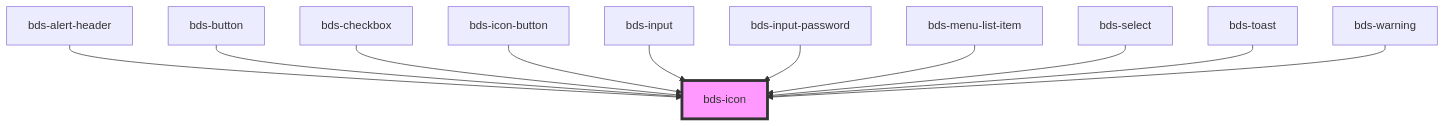
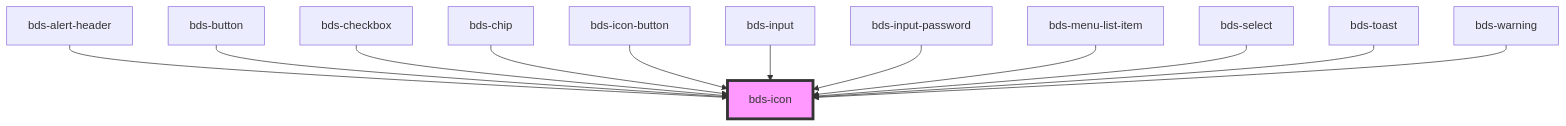
One commit to takenet/blip-ds changed the diagram in src/components/icon/readme.md. Above: the diagram before and after it, drawn with Mermaid. The commit also changed other lines of this file and 6 other files, not shown here.

````diff
--- a/src/components/icon/readme.md
+++ b/src/components/icon/readme.md
@@ -39,14 +40,15 @@
 ```mermaid
 graph TD;
   bds-alert-header --> bds-icon
   bds-button --> bds-icon
   bds-checkbox --> bds-icon
+  bds-chip --> bds-icon
   bds-icon-button --> bds-icon
   bds-input --> bds-icon
   bds-input-password --> bds-icon
   bds-menu-list-item --> bds-icon
   bds-select --> bds-icon
   bds-toast --> bds-icon
   bds-warning --> bds-icon
   style bds-icon fill:#f9f,stroke:#333,stroke-width:4px
 ```
````
